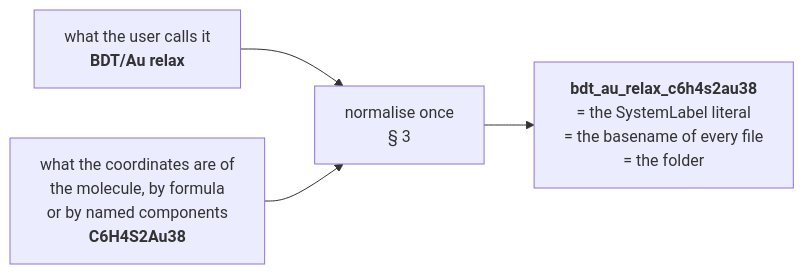
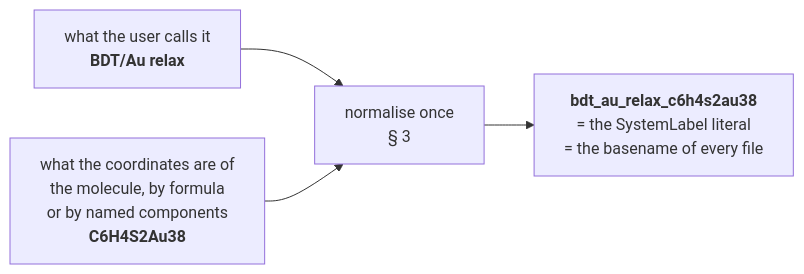
One commit to Qing-LAB/molbuilder changed the first of 2 diagrams in docs/execution/run-identity.md. Above: the diagram before and after it, drawn with Mermaid. The commit also changed other lines of this file and 2 other files, not shown here.

First line of the commit message:
docs(staged-runs): three decisions, and the folder rule reverses

````diff
--- a/docs/execution/run-identity.md
+++ b/docs/execution/run-identity.md
@@ -66,6 +66,6 @@
 ```mermaid
 flowchart LR
     U["what the user calls it<br/><b>BDT/Au relax</b>"] --> N["normalise once<br/>§ 3"]
     M["what the coordinates are of<br/>the molecule, by formula<br/>or by named components<br/><b>C6H4S2Au38</b>"] --> N
-    N --> I["<b>bdt_au_relax_c6h4s2au38</b><br/>= the SystemLabel literal<br/>= the basename of every file<br/>= the folder"]
+    N --> I["<b>bdt_au_relax_c6h4s2au38</b><br/>= the SystemLabel literal<br/>= the basename of every file"]
 ```
````
